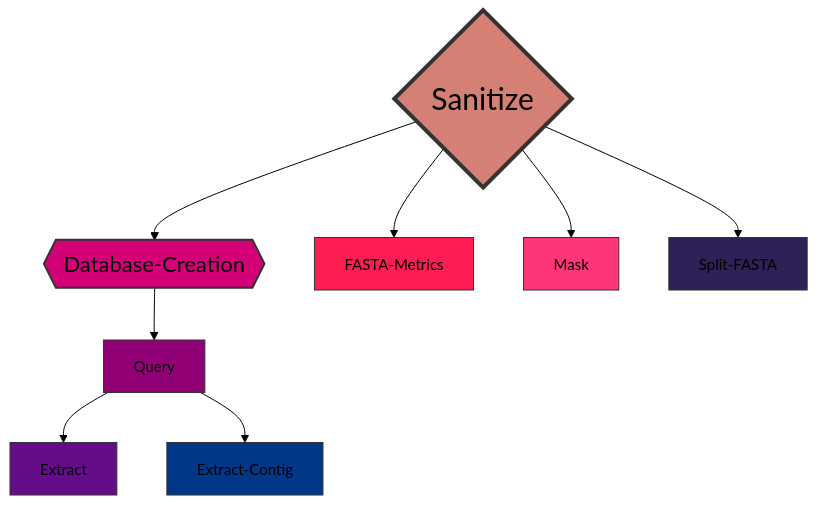
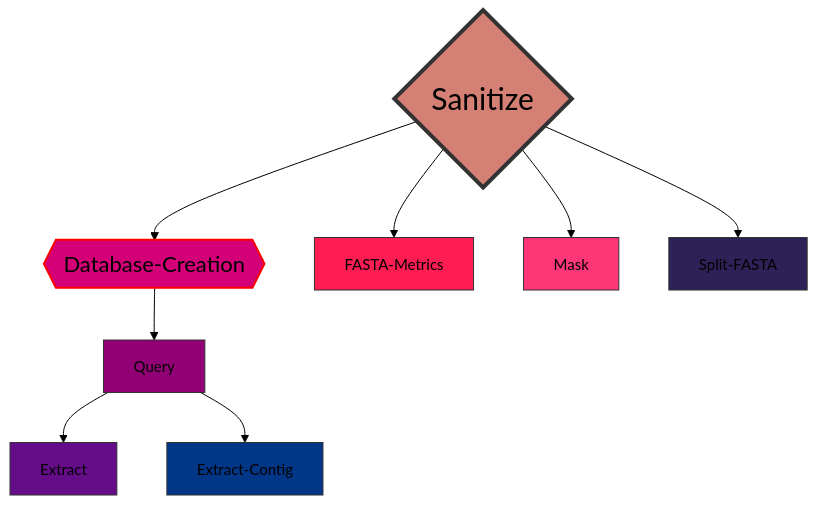
The diagram in README.md (ERBringHorvath/SeqForge), drawn with Mermaid (forest theme) before and after one commit.

````diff
--- a/README.md
+++ b/README.md
@@ -79,20 +79,20 @@
 ```mermaid
 graph TD;
     A{Sanitize}-->B{{Database-Creation}};
     B{{Database-Creation}}-->C[Query];
     C[Query]-->D[Extract];
     C[Query]-->E[Extract-Contig];
     A{Sanitize}-->F[FASTA-Metrics];
     A{Sanitize}-->G[Mask];
     A{Sanitize}-->H[Split-FASTA];
 
     %% Custom style for Sanitize node
     style A fill:#d48074,stroke:#333,stroke-width:4,font-size:30px
-    style B fill:#d40078,stroke:#333,stroke-width:2,font-size:22px
+    style B fill:#d40078,stroke:#ff0000,stroke-width:2,font-size:22px
     style C fill:#920075,stroke:#333,stroke-width:1,font-size:15px
     style D fill:#650D89,stroke:#333,stroke-width:1,font-size:15px
     style E fill:#023788,stroke:#333,stroke-width:1,font-size:15px
     style F fill:#fd1d53,stroke:#333,stroke-width:1,font-size:15px
     style G fill:#fd3777,stroke:#333,stroke-width:1,font-size:15px
     style H fill:#2e2157,stroke:#333,stroke-width:1,font-size:15px
 ```
````
